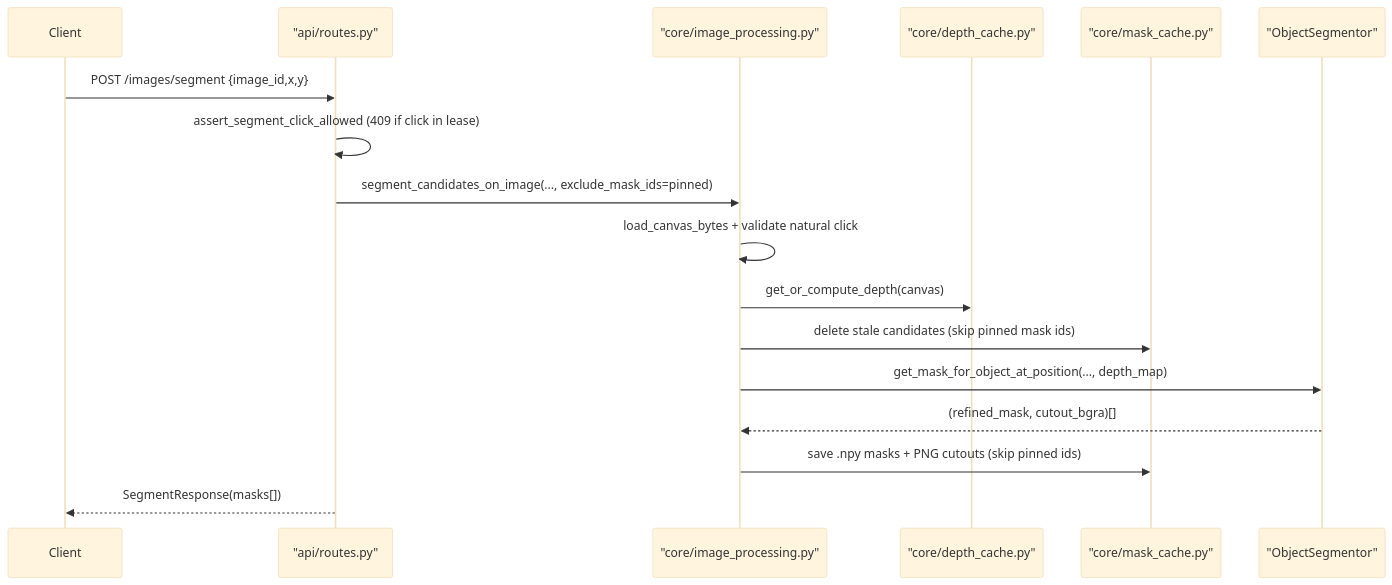
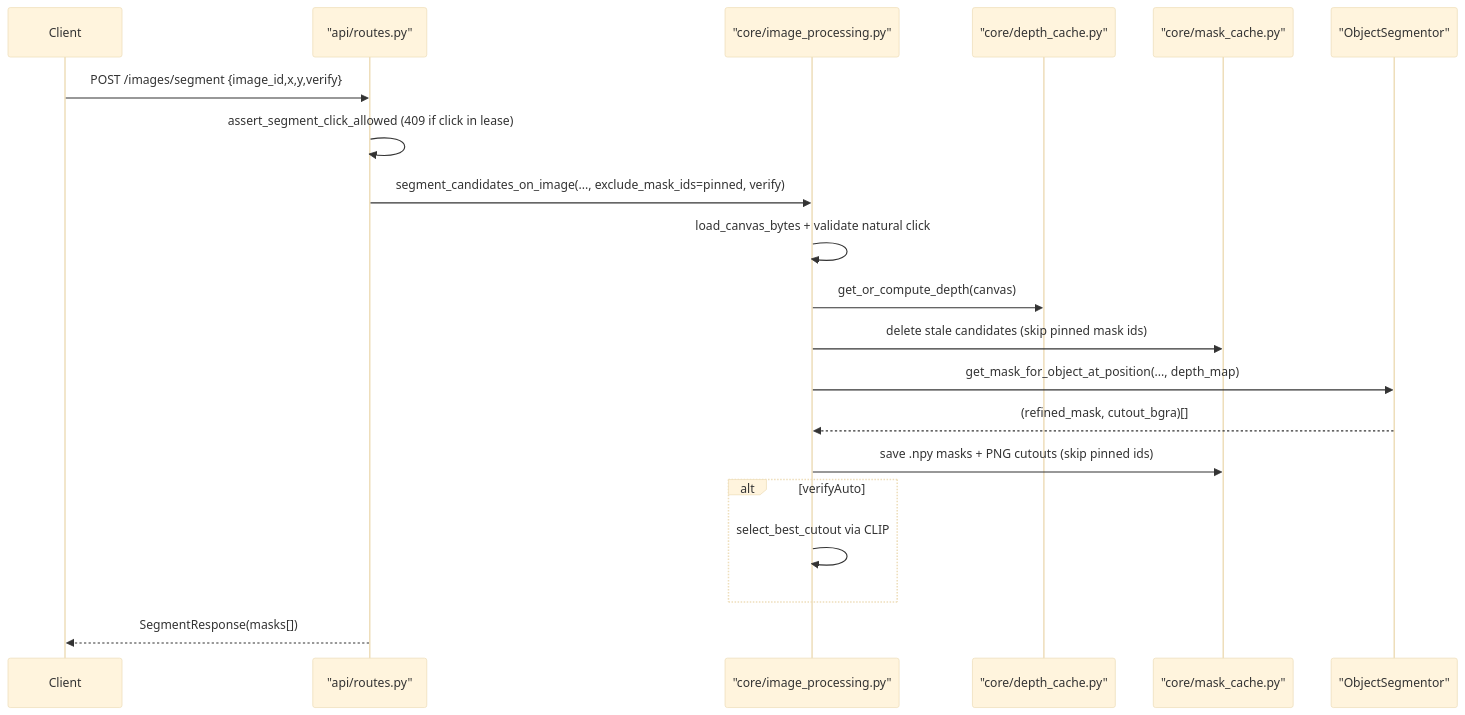
One commit to 1mache/avroom changed the second of 5 diagrams in docs/backend/data-flow.md. Above: the diagram before and after it, drawn with Mermaid (base theme). The commit also changed 31 other files, not shown here.

Commit message:
Add optional CLIP auto mask pick behind verify=manual|auto.

````diff
--- a/docs/backend/data-flow.md
+++ b/docs/backend/data-flow.md
@@ -35,20 +35,23 @@
 ```mermaid
 sequenceDiagram
     participant Client
     participant Router as "api/routes.py"
     participant Core as "core/image_processing.py"
     participant Depth as "core/depth_cache.py"
     participant Cache as "core/mask_cache.py"
     participant AI as "ObjectSegmentor"
 
-    Client->>Router: POST /images/segment {image_id,x,y}
+    Client->>Router: POST /images/segment {image_id,x,y,verify}
     Router->>Router: assert_segment_click_allowed (409 if click in lease)
-    Router->>Core: segment_candidates_on_image(..., exclude_mask_ids=pinned)
+    Router->>Core: segment_candidates_on_image(..., exclude_mask_ids=pinned, verify)
     Core->>Core: load_canvas_bytes + validate natural click
     Core->>Depth: get_or_compute_depth(canvas)
     Core->>Cache: delete stale candidates (skip pinned mask ids)
     Core->>AI: get_mask_for_object_at_position(..., depth_map)
     AI-->>Core: (refined_mask, cutout_bgra)[]
     Core->>Cache: save .npy masks + PNG cutouts (skip pinned ids)
+    alt verifyAuto
+        Core->>Core: select_best_cutout via CLIP
+    end
     Router-->>Client: SegmentResponse(masks[])
 ```
````
